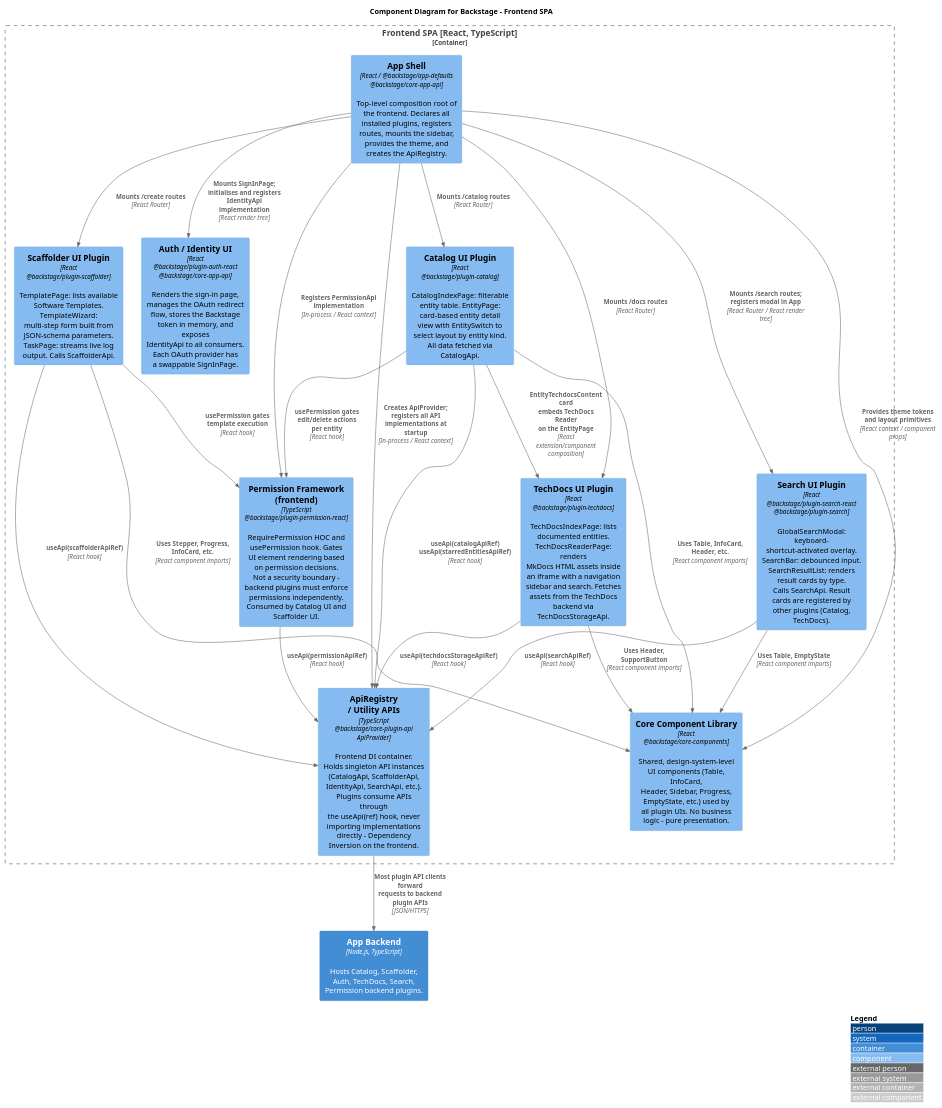
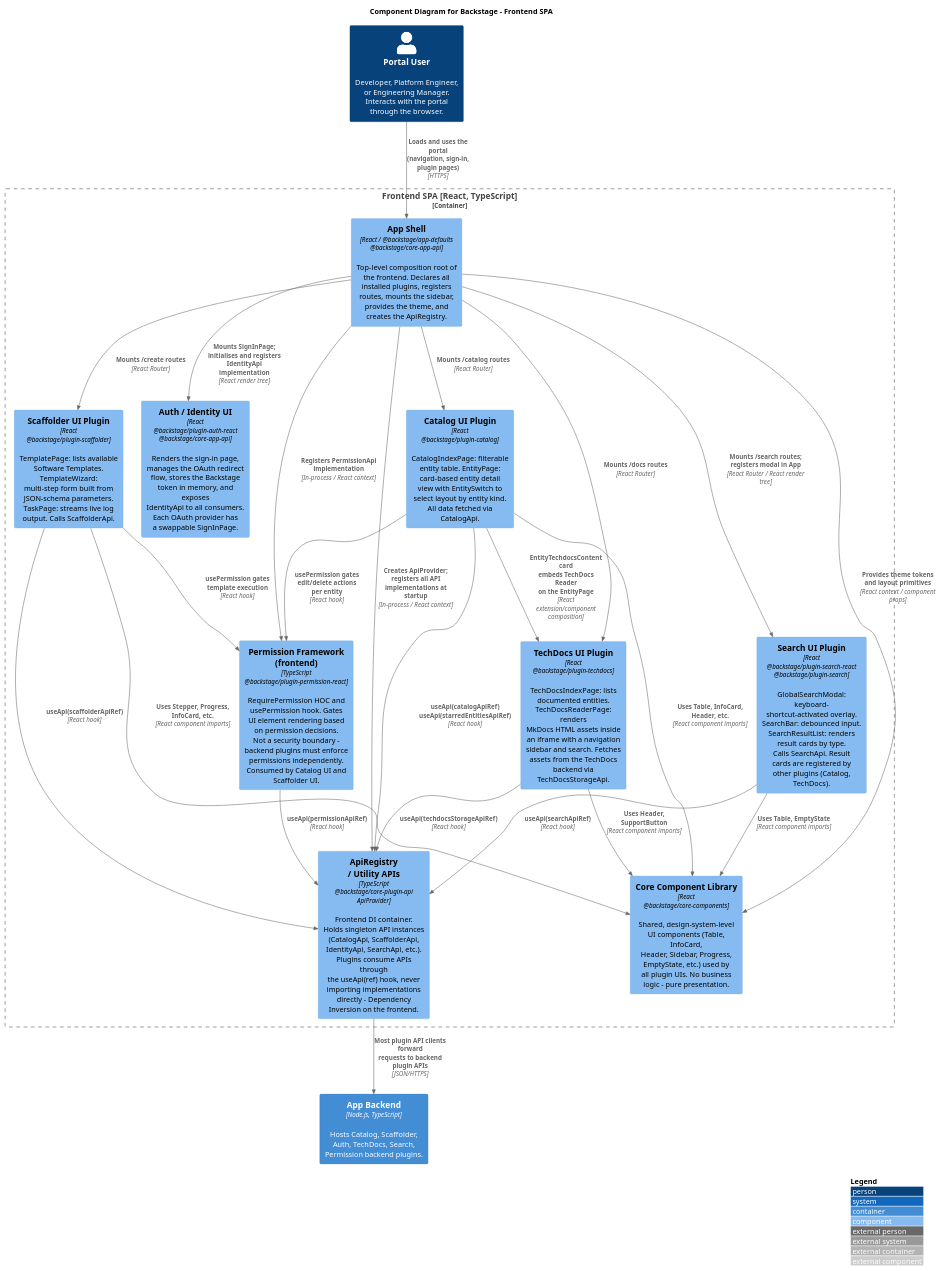
The diagram in notes/architecture/diagrams/component-diagram-frontend.puml (Group06-SwDA/Project), drawn with PlantUML before and after one commit.

Commit message:
feat: added Portal User to the component-diagram-frontend.puml

```diff
--- a/notes/architecture/diagrams/component-diagram-frontend.puml
+++ b/notes/architecture/diagrams/component-diagram-frontend.puml
@@ -1,57 +1,61 @@
 @startuml component-diagram-frontend
 !include <c4/C4_Component.puml>
 
 LAYOUT_WITH_LEGEND()
 
 title Component Diagram for Backstage - Frontend SPA
+
+Person(user, "Portal User", "Developer, Platform Engineer, or Engineering Manager. Interacts with the portal through the browser.")
 
 Container_Boundary(frontend, "Frontend SPA [React, TypeScript]") {
 
     Component(appShell, "App Shell", "React / @backstage/app-defaults\n@backstage/core-app-api", "Top-level composition root of\nthe frontend. Declares all\ninstalled plugins, registers\nroutes, mounts the sidebar,\nprovides the theme, and\ncreates the ApiRegistry.")
 
     Component(apiRegistry, "ApiRegistry\n/ Utility APIs", "TypeScript\n@backstage/core-plugin-api\nApiProvider", "Frontend DI container.\nHolds singleton API instances\n(CatalogApi, ScaffolderApi,\nIdentityApi, SearchApi, etc.).\nPlugins consume APIs through\nthe useApi(ref) hook, never\nimporting implementations\ndirectly - Dependency\nInversion on the frontend.")
 
     Component(identityAuth, "Auth / Identity UI", "React\n@backstage/plugin-auth-react\n@backstage/core-app-api", "Renders the sign-in page,\nmanages the OAuth redirect\nflow, stores the Backstage\ntoken in memory, and exposes\nIdentityApi to all consumers.\nEach OAuth provider has\na swappable SignInPage.")
 
     Component(catalogUI, "Catalog UI Plugin", "React\n@backstage/plugin-catalog", "CatalogIndexPage: filterable\nentity table. EntityPage:\ncard-based entity detail\nview with EntitySwitch to\nselect layout by entity kind.\nAll data fetched via CatalogApi.")
 
     Component(scaffolderUI, "Scaffolder UI Plugin", "React\n@backstage/plugin-scaffolder", "TemplatePage: lists available\nSoftware Templates. TemplateWizard:\nmulti-step form built from\nJSON-schema parameters.\nTaskPage: streams live log\noutput. Calls ScaffolderApi.")
 
     Component(techdocsUI, "TechDocs UI Plugin", "React\n@backstage/plugin-techdocs", "TechDocsIndexPage: lists\ndocumented entities.\nTechDocsReaderPage: renders\nMkDocs HTML assets inside\nan iframe with a navigation\nsidebar and search. Fetches\nassets from the TechDocs\nbackend via TechDocsStorageApi.")
 
     Component(searchUI, "Search UI Plugin", "React\n@backstage/plugin-search-react\n@backstage/plugin-search", "GlobalSearchModal: keyboard-\nshortcut-activated overlay.\nSearchBar: debounced input.\nSearchResultList: renders\nresult cards by type.\nCalls SearchApi. Result\ncards are registered by\nother plugins (Catalog, TechDocs).")
 
     Component(permissionUI, "Permission Framework\n(frontend)", "TypeScript\n@backstage/plugin-permission-react", "RequirePermission HOC and\nusePermission hook. Gates\nUI element rendering based\non permission decisions.\nNot a security boundary -\nbackend plugins must enforce\npermissions independently.\nConsumed by Catalog UI and\nScaffolder UI.")
 
     Component(coreComponents, "Core Component Library", "React\n@backstage/core-components", "Shared, design-system-level\nUI components (Table, InfoCard,\nHeader, Sidebar, Progress,\nEmptyState, etc.) used by\nall plugin UIs. No business\nlogic - pure presentation.")
 }
 
 Container(backend, "App Backend", "Node.js, TypeScript", "Hosts Catalog, Scaffolder,\nAuth, TechDocs, Search,\nPermission backend plugins.")
+
+Rel(user, appShell, "Loads and uses the portal\n(navigation, sign-in, plugin pages)", "HTTPS")
 
 Rel(appShell, apiRegistry, "Creates ApiProvider;\nregisters all API\nimplementations at startup", "In-process / React context")
 Rel(appShell, identityAuth, "Mounts SignInPage;\ninitialises and registers\nIdentityApi implementation", "React render tree")
 Rel(appShell, catalogUI, "Mounts /catalog routes", "React Router")
 Rel(appShell, scaffolderUI, "Mounts /create routes", "React Router")
 Rel(appShell, techdocsUI, "Mounts /docs routes", "React Router")
 Rel(appShell, searchUI, "Mounts /search routes;\nregisters modal in App", "React Router / React render tree")
 Rel(appShell, permissionUI, "Registers PermissionApi\nimplementation", "In-process / React context")
 Rel(appShell, coreComponents, "Provides theme tokens\nand layout primitives", "React context / component props")
 
 Rel(catalogUI, apiRegistry, "useApi(catalogApiRef)\nuseApi(starredEntitiesApiRef)", "React hook")
 Rel(scaffolderUI, apiRegistry, "useApi(scaffolderApiRef)", "React hook")
 Rel(techdocsUI, apiRegistry, "useApi(techdocsStorageApiRef)", "React hook")
 Rel(searchUI, apiRegistry, "useApi(searchApiRef)", "React hook")
 Rel(permissionUI, apiRegistry, "useApi(permissionApiRef)", "React hook")
 
 Rel(catalogUI, coreComponents, "Uses Table, InfoCard,\nHeader, etc.", "React component imports")
 Rel(scaffolderUI, coreComponents, "Uses Stepper, Progress,\nInfoCard, etc.", "React component imports")
 Rel(techdocsUI, coreComponents, "Uses Header, SupportButton", "React component imports")
 Rel(searchUI, coreComponents, "Uses Table, EmptyState", "React component imports")
 
 Rel(catalogUI, techdocsUI, "EntityTechdocsContent card\nembeds TechDocs Reader\non the EntityPage", "React extension/component composition")
 Rel(catalogUI, permissionUI, "usePermission gates\nedit/delete actions\nper entity", "React hook")
 Rel(scaffolderUI, permissionUI, "usePermission gates\ntemplate execution", "React hook")
 
 Rel(apiRegistry, backend, "Most plugin API clients forward\nrequests to backend plugin APIs", "JSON/HTTPS")
 
 @enduml
```
